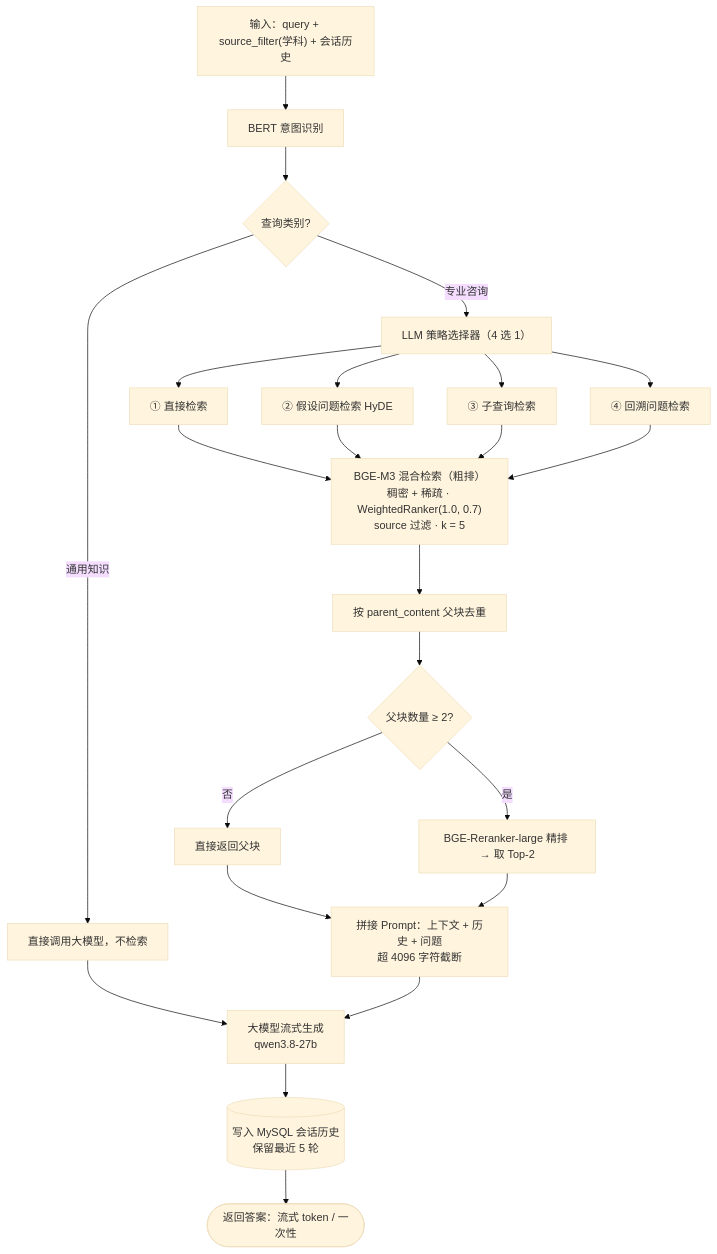
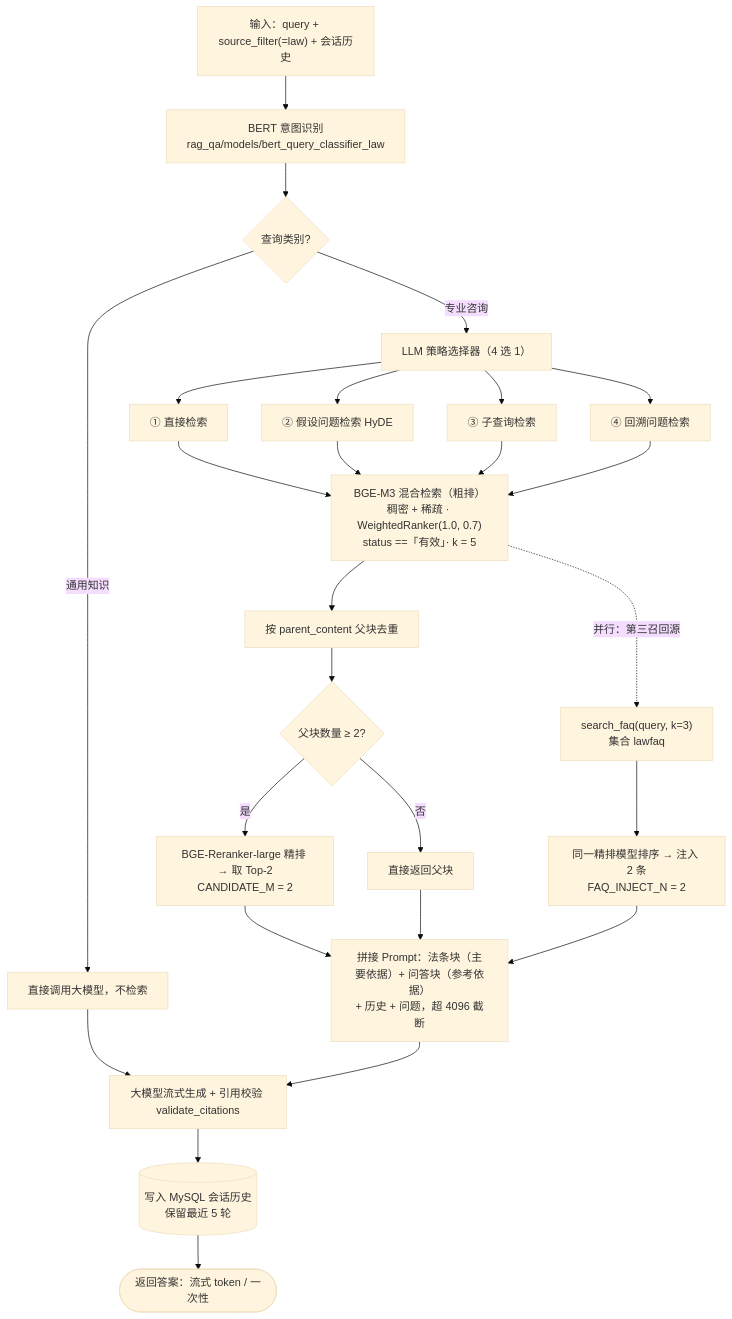
Before and after one commit to yanxiao-ci/lawrag: the fourth of 4 diagrams in docs/RAG项目流程图说明.md, drawn with Mermaid (base theme). The commit also changed other lines of this file and 341 other files, not shown here.

````diff
--- a/docs/RAG项目流程图说明.md
+++ b/docs/RAG项目流程图说明.md
@@ -150,25 +181,28 @@
 ```mermaid
 flowchart TD
-  A["输入：query + source_filter(学科) + 会话历史"] --> B["BERT 意图识别"]
+  A["输入：query + source_filter(=law) + 会话历史"] --> B["BERT 意图识别<br/>rag_qa/models/bert_query_classifier_law"]
   B --> C{"查询类别?"}
   C -- 通用知识 --> C1["直接调用大模型，不检索"]
   C -- 专业咨询 --> D["LLM 策略选择器（4 选 1）"]
   D --> E1["① 直接检索"]
   D --> E2["② 假设问题检索 HyDE"]
   D --> E3["③ 子查询检索"]
   D --> E4["④ 回溯问题检索"]
-  E1 --> F["BGE-M3 混合检索（粗排）<br/>稠密 + 稀疏 · WeightedRanker(1.0, 0.7)<br/>source 过滤 · k = 5"]
+  E1 --> F
   E2 --> F
   E3 --> F
-  E4 --> F
+  E4 --> F["BGE-M3 混合检索（粗排）<br/>稠密 + 稀疏 · WeightedRanker(1.0, 0.7)<br/>status ==「有效」· k = 5"]
   F --> G["按 parent_content 父块去重"]
   G --> H{"父块数量 ≥ 2?"}
   H -- 否 --> H1["直接返回父块"]
-  H -- 是 --> I["BGE-Reranker-large 精排 → 取 Top-2"]
+  H -- 是 --> I["BGE-Reranker-large 精排 → 取 Top-2<br/>CANDIDATE_M = 2"]
+  F -. 并行：第三召回源 .-> N1["search_faq(query, k=3)<br/>集合 lawfaq"]
+  N1 --> N2["同一精排模型排序 → 注入 2 条<br/>FAQ_INJECT_N = 2"]
+  I --> J
   H1 --> J
-  I --> J["拼接 Prompt：上下文 + 历史 + 问题<br/>超 4096 字符截断"]
+  N2 --> J["拼接 Prompt：法条块（主要依据）+ 问答块（参考依据）<br/>+ 历史 + 问题，超 4096 截断"]
   C1 --> K
-  J --> K["大模型流式生成<br/>qwen3.8-27b"]
+  J --> K["大模型流式生成 + 引用校验 validate_citations"]
   K --> L[(写入 MySQL 会话历史<br/>保留最近 5 轮)]
   L --> M([返回答案：流式 token / 一次性])
 ```
````
